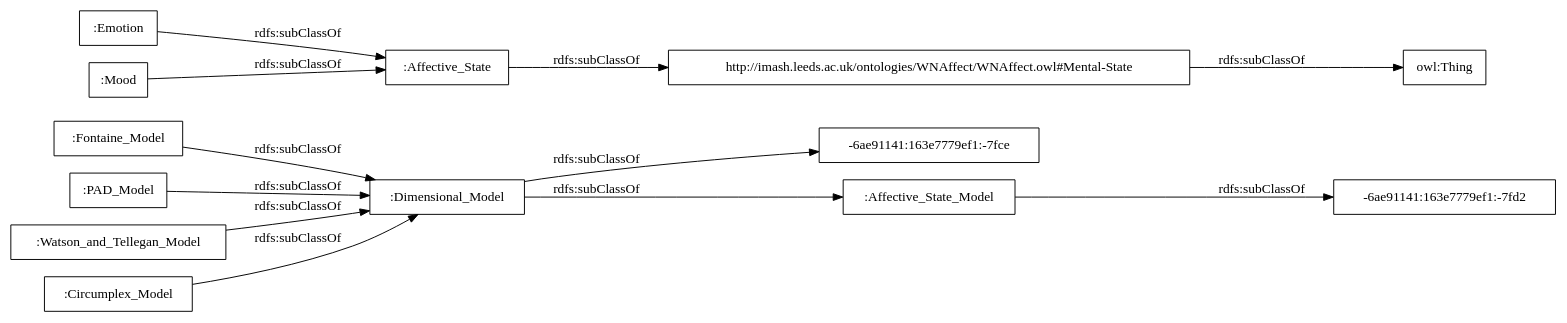
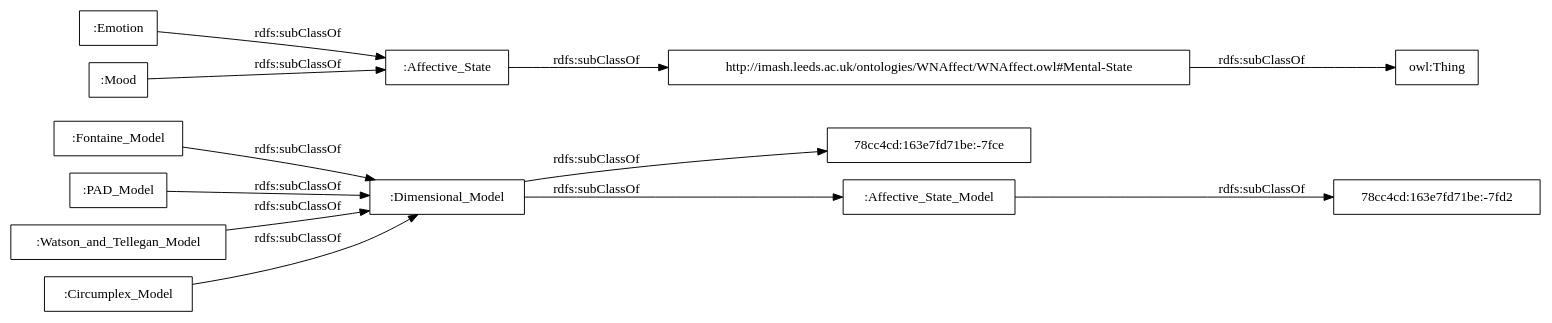
Before and after one commit to rana-othman/HASIO-Modularization: the diagram in OnToology/Affective_States_Dimensional_Model_Module.owl/diagrams/ar2dtool-taxonomy/Affective_States_Dimensional_Model_Module.owl.png.dot, drawn with Graphviz. The commit also changed 43 other files, not shown here.

```diff
--- a/OnToology/Affective_States_Dimensional_Model_Module.owl/diagrams/ar2dtool-taxonomy/Affective_States_Dimensional_Model_Module.owl.png.dot
+++ b/OnToology/Affective_States_Dimensional_Model_Module.owl/diagrams/ar2dtool-taxonomy/Affective_States_Dimensional_Model_Module.owl.png.dot
@@ -1,17 +1,17 @@
 digraph ar2dtool_diagram { 
 rankdir=LR;
 size="1000"
-node [shape = rectangle, color="black"]; ":Dimensional_Model" ":Fontaine_Model" ":PAD_Model" "-6ae91141:163e7779ef1:-7fce" "-6ae91141:163e7779ef1:-7fd2" ":Emotion" ":Mood" ":Affective_State" ":Watson_and_Tellegan_Model" "http://imash.leeds.ac.uk/ontologies/WNAffect/WNAffect.owl#Mental-State" ":Affective_State_Model" ":Circumplex_Model" ; /*classes style*/
-	":Dimensional_Model" -> "-6ae91141:163e7779ef1:-7fce" [ label = "rdfs:subClassOf" ];
+node [shape = rectangle, color="black"]; ":Dimensional_Model" ":Fontaine_Model" ":PAD_Model" ":Emotion" ":Mood" ":Affective_State" "78cc4cd:163e7fd71be:-7fd2" "78cc4cd:163e7fd71be:-7fce" ":Watson_and_Tellegan_Model" "http://imash.leeds.ac.uk/ontologies/WNAffect/WNAffect.owl#Mental-State" ":Affective_State_Model" ":Circumplex_Model" ; /*classes style*/
+	":Dimensional_Model" -> "78cc4cd:163e7fd71be:-7fce" [ label = "rdfs:subClassOf" ];
 	":Dimensional_Model" -> ":Affective_State_Model" [ label = "rdfs:subClassOf" ];
 	":Affective_State" -> "http://imash.leeds.ac.uk/ontologies/WNAffect/WNAffect.owl#Mental-State" [ label = "rdfs:subClassOf" ];
 	":Circumplex_Model" -> ":Dimensional_Model" [ label = "rdfs:subClassOf" ];
-	":Affective_State_Model" -> "-6ae91141:163e7779ef1:-7fd2" [ label = "rdfs:subClassOf" ];
+	":Affective_State_Model" -> "78cc4cd:163e7fd71be:-7fd2" [ label = "rdfs:subClassOf" ];
 	"http://imash.leeds.ac.uk/ontologies/WNAffect/WNAffect.owl#Mental-State" -> "owl:Thing" [ label = "rdfs:subClassOf" ];
 	":Fontaine_Model" -> ":Dimensional_Model" [ label = "rdfs:subClassOf" ];
 	":PAD_Model" -> ":Dimensional_Model" [ label = "rdfs:subClassOf" ];
 	":Mood" -> ":Affective_State" [ label = "rdfs:subClassOf" ];
 	":Emotion" -> ":Affective_State" [ label = "rdfs:subClassOf" ];
 	":Watson_and_Tellegan_Model" -> ":Dimensional_Model" [ label = "rdfs:subClassOf" ];
 
 }
```
